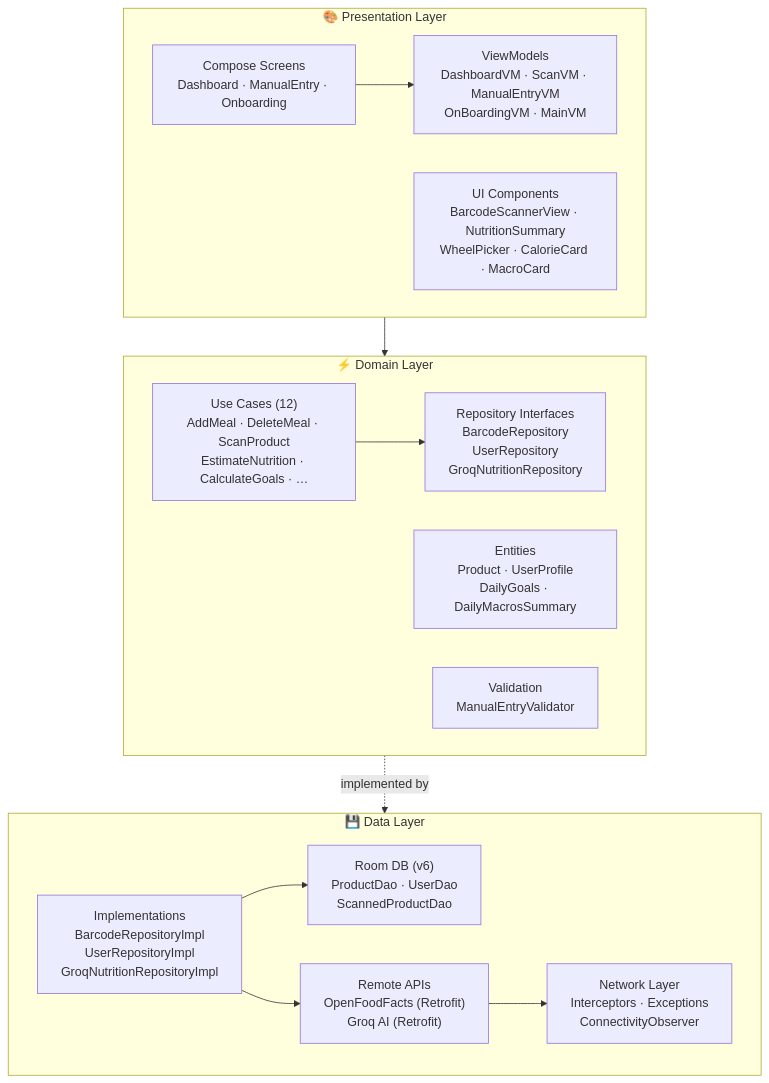
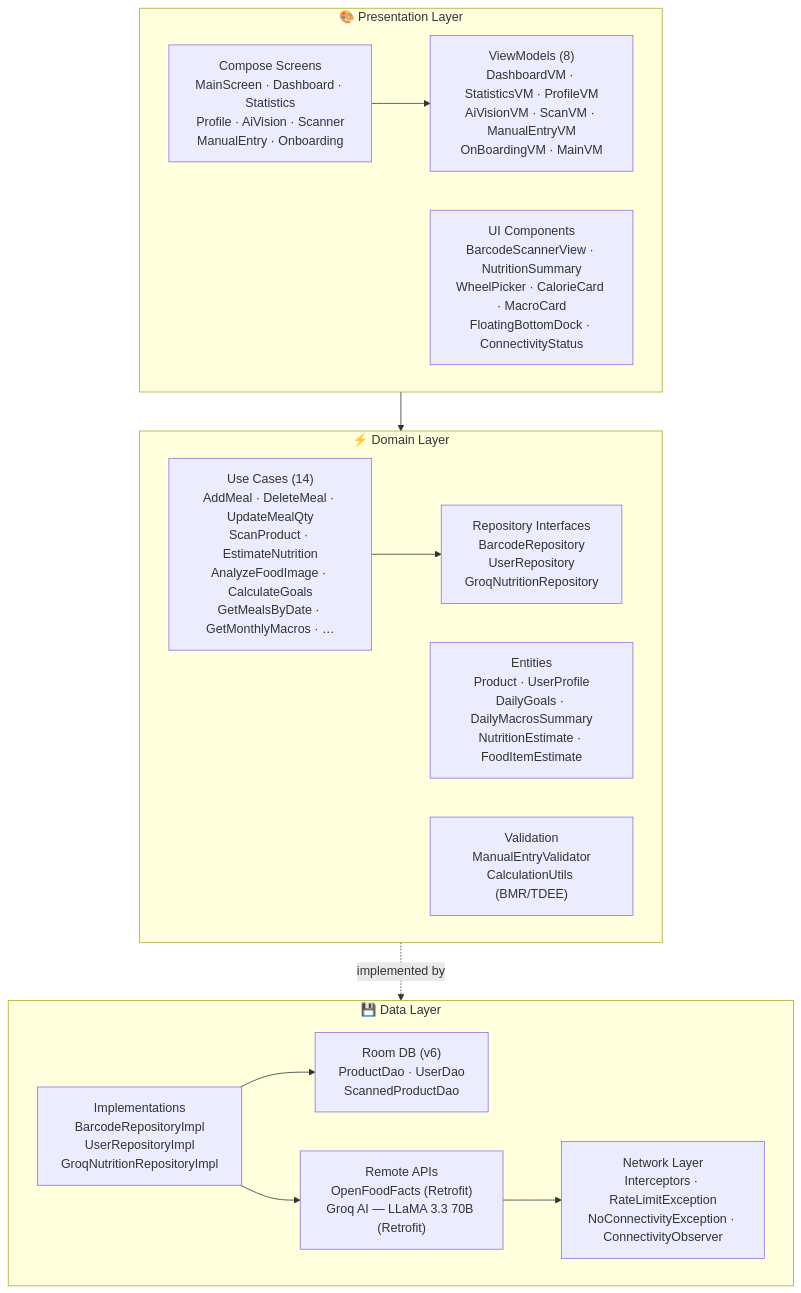
One commit to saqibcheema/calourie_ai changed the first of 6 diagrams in docs/ARCHITECTURE.md. Above: the diagram before and after it, drawn with Mermaid. The commit also changed other lines of this file and 2 other files, not shown here.

Commit message:
docs: update documentation with screenshots, new screens (Statistics, Profile, AiVision, MainScreen), correct navigation graph, and 8 ViewModels

````diff
--- a/docs/ARCHITECTURE.md
+++ b/docs/ARCHITECTURE.md
@@ -28,33 +28,33 @@
 ```mermaid
 graph TB
     subgraph Presentation["🎨 Presentation Layer"]
         direction LR
-        Screens["Compose Screens<br/>Dashboard · ManualEntry · Onboarding"]
-        VMs["ViewModels<br/>DashboardVM · ScanVM · ManualEntryVM<br/>OnBoardingVM · MainVM"]
-        Components["UI Components<br/>BarcodeScannerView · NutritionSummary<br/>WheelPicker · CalorieCard · MacroCard"]
+        Screens["Compose Screens<br/>MainScreen · Dashboard · Statistics<br/>Profile · AiVision · Scanner<br/>ManualEntry · Onboarding"]
+        VMs["ViewModels (8)<br/>DashboardVM · StatisticsVM · ProfileVM<br/>AiVisionVM · ScanVM · ManualEntryVM<br/>OnBoardingVM · MainVM"]
+        Components["UI Components<br/>BarcodeScannerView · NutritionSummary<br/>WheelPicker · CalorieCard · MacroCard<br/>FloatingBottomDock · ConnectivityStatus"]
     end
 
     subgraph Domain["⚡ Domain Layer"]
         direction LR
-        UseCases["Use Cases (12)<br/>AddMeal · DeleteMeal · ScanProduct<br/>EstimateNutrition · CalculateGoals · …"]
-        Entities["Entities<br/>Product · UserProfile<br/>DailyGoals · DailyMacrosSummary"]
+        UseCases["Use Cases (14)<br/>AddMeal · DeleteMeal · UpdateMealQty<br/>ScanProduct · EstimateNutrition<br/>AnalyzeFoodImage · CalculateGoals<br/>GetMealsByDate · GetMonthlyMacros · …"]
+        Entities["Entities<br/>Product · UserProfile<br/>DailyGoals · DailyMacrosSummary<br/>NutritionEstimate · FoodItemEstimate"]
         RepoInterfaces["Repository Interfaces<br/>BarcodeRepository<br/>UserRepository<br/>GroqNutritionRepository"]
-        Validation["Validation<br/>ManualEntryValidator"]
+        Validation["Validation<br/>ManualEntryValidator<br/>CalculationUtils (BMR/TDEE)"]
     end
 
     subgraph Data["💾 Data Layer"]
         direction LR
         RepoImpls["Implementations<br/>BarcodeRepositoryImpl<br/>UserRepositoryImpl<br/>GroqNutritionRepositoryImpl"]
         Local["Room DB (v6)<br/>ProductDao · UserDao<br/>ScannedProductDao"]
-        Remote["Remote APIs<br/>OpenFoodFacts (Retrofit)<br/>Groq AI (Retrofit)"]
-        Network["Network Layer<br/>Interceptors · Exceptions<br/>ConnectivityObserver"]
+        Remote["Remote APIs<br/>OpenFoodFacts (Retrofit)<br/>Groq AI — LLaMA 3.3 70B (Retrofit)"]
+        Network["Network Layer<br/>Interceptors · RateLimitException<br/>NoConnectivityException · ConnectivityObserver"]
     end
 
     Screens --> VMs
     VMs --> UseCases
     UseCases --> RepoInterfaces
     RepoInterfaces -.->|implemented by| RepoImpls
     RepoImpls --> Local
     RepoImpls --> Remote
     Remote --> Network
 ```
````
